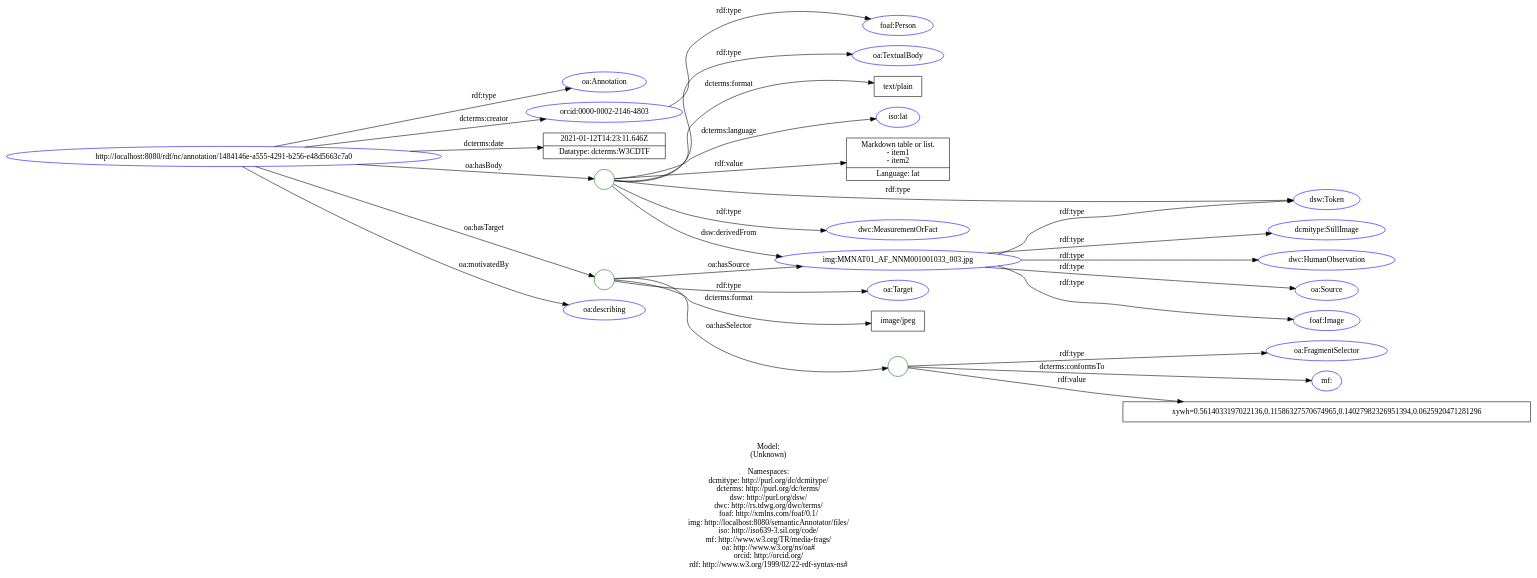
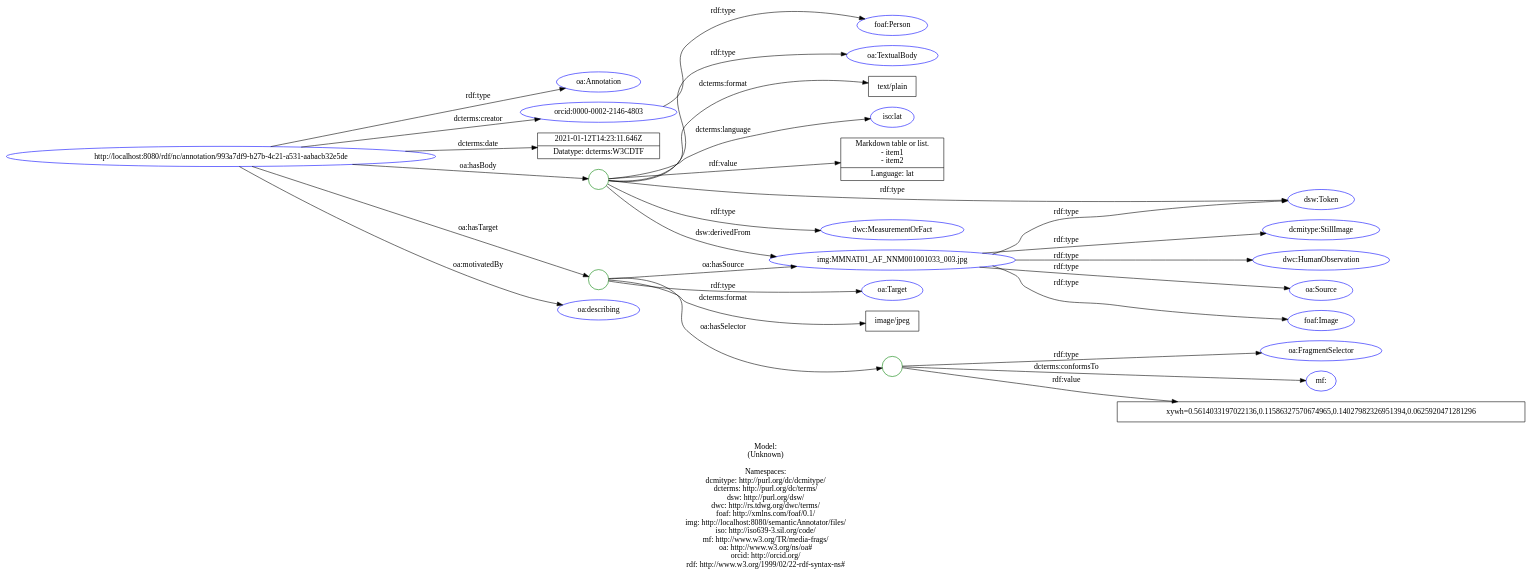
Before and after one commit to lisestork/SFB-Annotator: the diagram in doc/models/example_4_1.dot, drawn with Graphviz. The commit also changed 21 other files, not shown here.

```diff
--- a/doc/models/example_4_1.dot
+++ b/doc/models/example_4_1.dot
@@ -1,64 +1,64 @@
 digraph {
 	rankdir = LR;
 	charset="utf-8";
 
-	"Rhttp://localhost:8080/rdf/nc/annotation/1484146e-a555-4291-b256-e48d5663c7a0" -> "Roa:Annotation" [ label="rdf:type" ];
-	"Rhttp://localhost:8080/rdf/nc/annotation/1484146e-a555-4291-b256-e48d5663c7a0" -> "Rorcid:0000-0002-2146-4803" [ label="dcterms:creator" ];
-	"Rhttp://localhost:8080/rdf/nc/annotation/1484146e-a555-4291-b256-e48d5663c7a0" -> "L2021-01-12T14:23:11.646Z|Datatype: dcterms:W3CDTF" [ label="dcterms:date" ];
-	"Rhttp://localhost:8080/rdf/nc/annotation/1484146e-a555-4291-b256-e48d5663c7a0" -> "B_:node1evfesn2mx2" [ label="oa:hasBody" ];
-	"B_:node1evfesn2mx2" -> "Rdsw:Token" [ label="rdf:type" ];
-	"B_:node1evfesn2mx2" -> "Rdwc:MeasurementOrFact" [ label="rdf:type" ];
-	"B_:node1evfesn2mx2" -> "Roa:TextualBody" [ label="rdf:type" ];
-	"B_:node1evfesn2mx2" -> "Ltext/plain" [ label="dcterms:format" ];
-	"B_:node1evfesn2mx2" -> "Riso:lat" [ label="dcterms:language" ];
-	"B_:node1evfesn2mx2" -> "Rimg:MMNAT01_AF_NNM001001033_003.jpg" [ label="dsw:derivedFrom" ];
-	"B_:node1evfesn2mx2" -> "LMarkdown table or list.\n- item1\n- item2|Language: lat" [ label="rdf:value" ];
-	"Rhttp://localhost:8080/rdf/nc/annotation/1484146e-a555-4291-b256-e48d5663c7a0" -> "B_:node1evfesn2mx1" [ label="oa:hasTarget" ];
-	"B_:node1evfesn2mx1" -> "Roa:Target" [ label="rdf:type" ];
-	"B_:node1evfesn2mx1" -> "Limage/jpeg" [ label="dcterms:format" ];
-	"B_:node1evfesn2mx1" -> "B_:node1evfesn2mx4" [ label="oa:hasSelector" ];
-	"B_:node1evfesn2mx4" -> "Roa:FragmentSelector" [ label="rdf:type" ];
-	"B_:node1evfesn2mx4" -> "Rmf:" [ label="dcterms:conformsTo" ];
-	"B_:node1evfesn2mx4" -> "Lxywh=0.5614033197022136,0.11586327570674965,0.14027982326951394,0.0625920471281296" [ label="rdf:value" ];
-	"B_:node1evfesn2mx1" -> "Rimg:MMNAT01_AF_NNM001001033_003.jpg" [ label="oa:hasSource" ];
-	"Rhttp://localhost:8080/rdf/nc/annotation/1484146e-a555-4291-b256-e48d5663c7a0" -> "Roa:describing" [ label="oa:motivatedBy" ];
+	"Rhttp://localhost:8080/rdf/nc/annotation/993a7df9-b27b-4c21-a531-aabacb32e5de" -> "Roa:Annotation" [ label="rdf:type" ];
+	"Rhttp://localhost:8080/rdf/nc/annotation/993a7df9-b27b-4c21-a531-aabacb32e5de" -> "Rorcid:0000-0002-2146-4803" [ label="dcterms:creator" ];
+	"Rhttp://localhost:8080/rdf/nc/annotation/993a7df9-b27b-4c21-a531-aabacb32e5de" -> "L2021-01-12T14:23:11.646Z|Datatype: dcterms:W3CDTF" [ label="dcterms:date" ];
+	"Rhttp://localhost:8080/rdf/nc/annotation/993a7df9-b27b-4c21-a531-aabacb32e5de" -> "B_:node1f0go8rutx19" [ label="oa:hasBody" ];
+	"B_:node1f0go8rutx19" -> "Rdsw:Token" [ label="rdf:type" ];
+	"B_:node1f0go8rutx19" -> "Rdwc:MeasurementOrFact" [ label="rdf:type" ];
+	"B_:node1f0go8rutx19" -> "Roa:TextualBody" [ label="rdf:type" ];
+	"B_:node1f0go8rutx19" -> "Ltext/plain" [ label="dcterms:format" ];
+	"B_:node1f0go8rutx19" -> "Riso:lat" [ label="dcterms:language" ];
+	"B_:node1f0go8rutx19" -> "Rimg:MMNAT01_AF_NNM001001033_003.jpg" [ label="dsw:derivedFrom" ];
+	"B_:node1f0go8rutx19" -> "LMarkdown table or list.\n- item1\n- item2|Language: lat" [ label="rdf:value" ];
+	"Rhttp://localhost:8080/rdf/nc/annotation/993a7df9-b27b-4c21-a531-aabacb32e5de" -> "B_:node1f0go8rutx18" [ label="oa:hasTarget" ];
+	"B_:node1f0go8rutx18" -> "Roa:Target" [ label="rdf:type" ];
+	"B_:node1f0go8rutx18" -> "Limage/jpeg" [ label="dcterms:format" ];
+	"B_:node1f0go8rutx18" -> "B_:node1f0go8rutx21" [ label="oa:hasSelector" ];
+	"B_:node1f0go8rutx21" -> "Roa:FragmentSelector" [ label="rdf:type" ];
+	"B_:node1f0go8rutx21" -> "Rmf:" [ label="dcterms:conformsTo" ];
+	"B_:node1f0go8rutx21" -> "Lxywh=0.5614033197022136,0.11586327570674965,0.14027982326951394,0.0625920471281296" [ label="rdf:value" ];
+	"B_:node1f0go8rutx18" -> "Rimg:MMNAT01_AF_NNM001001033_003.jpg" [ label="oa:hasSource" ];
+	"Rhttp://localhost:8080/rdf/nc/annotation/993a7df9-b27b-4c21-a531-aabacb32e5de" -> "Roa:describing" [ label="oa:motivatedBy" ];
 	"Rorcid:0000-0002-2146-4803" -> "Rfoaf:Person" [ label="rdf:type" ];
 	"Rimg:MMNAT01_AF_NNM001001033_003.jpg" -> "Rdcmitype:StillImage" [ label="rdf:type" ];
 	"Rimg:MMNAT01_AF_NNM001001033_003.jpg" -> "Rdsw:Token" [ label="rdf:type" ];
 	"Rimg:MMNAT01_AF_NNM001001033_003.jpg" -> "Rdwc:HumanObservation" [ label="rdf:type" ];
 	"Rimg:MMNAT01_AF_NNM001001033_003.jpg" -> "Roa:Source" [ label="rdf:type" ];
 	"Rimg:MMNAT01_AF_NNM001001033_003.jpg" -> "Rfoaf:Image" [ label="rdf:type" ];
 
 	// Resources
-	"Rhttp://localhost:8080/rdf/nc/annotation/1484146e-a555-4291-b256-e48d5663c7a0" [ label="http://localhost:8080/rdf/nc/annotation/1484146e-a555-4291-b256-e48d5663c7a0", shape = ellipse, color = blue ];
+	"Rhttp://localhost:8080/rdf/nc/annotation/993a7df9-b27b-4c21-a531-aabacb32e5de" [ label="http://localhost:8080/rdf/nc/annotation/993a7df9-b27b-4c21-a531-aabacb32e5de", shape = ellipse, color = blue ];
 	"Roa:Annotation" [ label="oa:Annotation", shape = ellipse, color = blue ];
 	"Rorcid:0000-0002-2146-4803" [ label="orcid:0000-0002-2146-4803", shape = ellipse, color = blue ];
 	"Rdsw:Token" [ label="dsw:Token", shape = ellipse, color = blue ];
 	"Rdwc:MeasurementOrFact" [ label="dwc:MeasurementOrFact", shape = ellipse, color = blue ];
 	"Roa:TextualBody" [ label="oa:TextualBody", shape = ellipse, color = blue ];
 	"Riso:lat" [ label="iso:lat", shape = ellipse, color = blue ];
 	"Rimg:MMNAT01_AF_NNM001001033_003.jpg" [ label="img:MMNAT01_AF_NNM001001033_003.jpg", shape = ellipse, color = blue ];
 	"Roa:Target" [ label="oa:Target", shape = ellipse, color = blue ];
 	"Roa:FragmentSelector" [ label="oa:FragmentSelector", shape = ellipse, color = blue ];
 	"Rmf:" [ label="mf:", shape = ellipse, color = blue ];
 	"Roa:describing" [ label="oa:describing", shape = ellipse, color = blue ];
 	"Rfoaf:Person" [ label="foaf:Person", shape = ellipse, color = blue ];
 	"Rdcmitype:StillImage" [ label="dcmitype:StillImage", shape = ellipse, color = blue ];
 	"Rdwc:HumanObservation" [ label="dwc:HumanObservation", shape = ellipse, color = blue ];
 	"Roa:Source" [ label="oa:Source", shape = ellipse, color = blue ];
 	"Rfoaf:Image" [ label="foaf:Image", shape = ellipse, color = blue ];
 
 	// Anonymous nodes
-	"B_:node1evfesn2mx2" [ label="", shape = circle, color = green ];
-	"B_:node1evfesn2mx1" [ label="", shape = circle, color = green ];
-	"B_:node1evfesn2mx4" [ label="", shape = circle, color = green ];
+	"B_:node1f0go8rutx19" [ label="", shape = circle, color = green ];
+	"B_:node1f0go8rutx18" [ label="", shape = circle, color = green ];
+	"B_:node1f0go8rutx21" [ label="", shape = circle, color = green ];
 
 	// Literals
 	"L2021-01-12T14:23:11.646Z|Datatype: dcterms:W3CDTF" [ label="2021-01-12T14:23:11.646Z|Datatype: dcterms:W3CDTF", shape = record ];
 	"Ltext/plain" [ label="text/plain", shape = record ];
 	"LMarkdown table or list.\n- item1\n- item2|Language: lat" [ label="Markdown table or list.\n- item1\n- item2|Language: lat", shape = record ];
 	"Limage/jpeg" [ label="image/jpeg", shape = record ];
 	"Lxywh=0.5614033197022136,0.11586327570674965,0.14027982326951394,0.0625920471281296" [ label="xywh=0.5614033197022136,0.11586327570674965,0.14027982326951394,0.0625920471281296", shape = record ];
 
 	label="\n\nModel:\n(Unknown)\n\nNamespaces:\ndcmitype: http://purl.org/dc/dcmitype/\ndcterms: http://purl.org/dc/terms/\ndsw: http://purl.org/dsw/\ndwc: http://rs.tdwg.org/dwc/terms/\nfoaf: http://xmlns.com/foaf/0.1/\nimg: http://localhost:8080/semanticAnnotator/files/\niso: http://iso639-3.sil.org/code/\nmf: http://www.w3.org/TR/media-frags/\noa: http://www.w3.org/ns/oa#\norcid: http://orcid.org/\nrdf: http://www.w3.org/1999/02/22-rdf-syntax-ns#\n";
 }
```
